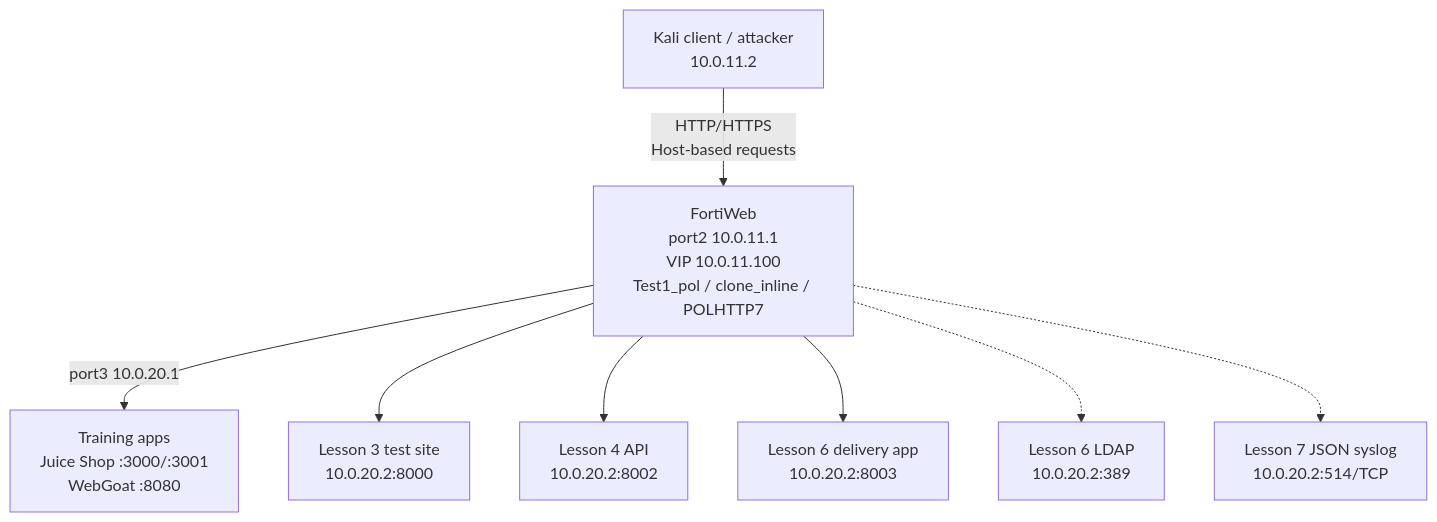
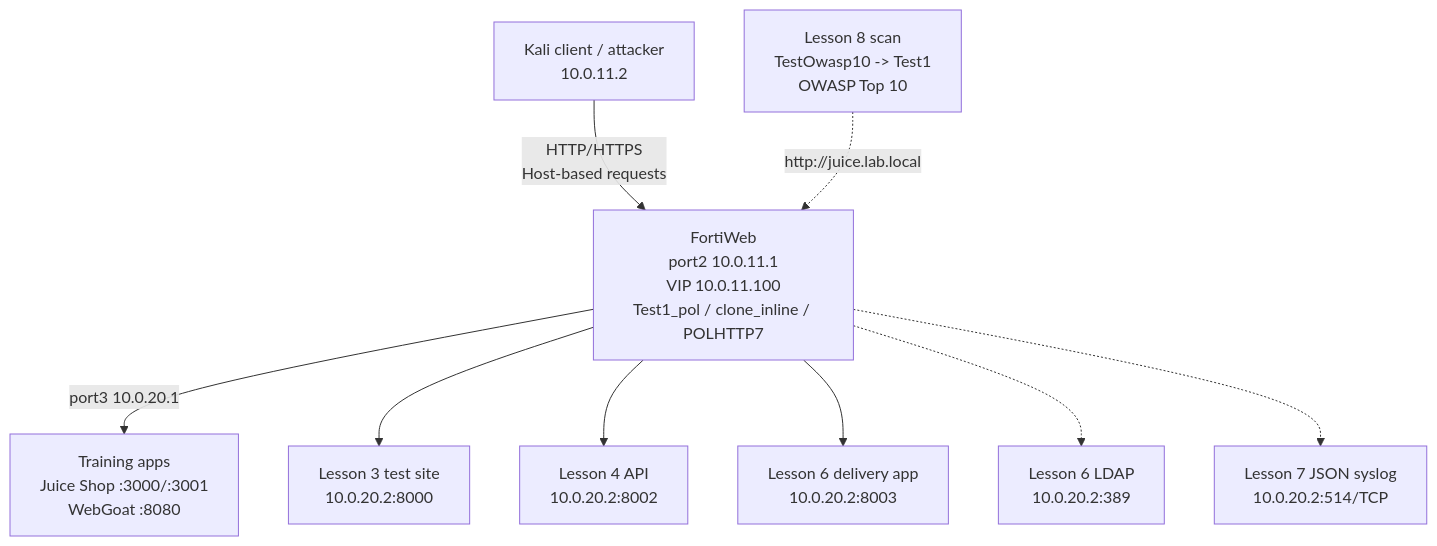
One commit to abdelrahmanelkady777/fortiweb-waf-security-lab changed the diagram in README.md. Above: the diagram before and after it, drawn with Mermaid. The commit also changed other lines of this file and 25 other files, not shown here.

````diff
--- a/README.md
+++ b/README.md
@@ -24,10 +26,11 @@
 ```mermaid
 flowchart TB
     K["Kali client / attacker<br/>10.0.11.2"] -->|"HTTP/HTTPS<br/>Host-based requests"| F["FortiWeb<br/>port2 10.0.11.1<br/>VIP 10.0.11.100<br/>Test1_pol / clone_inline / POLHTTP7"]
+    S["Lesson 8 scan<br/>TestOwasp10 -> Test1<br/>OWASP Top 10"] -.->|"http://juice.lab.local"| F
     F -->|"port3 10.0.20.1"| T["Training apps<br/>Juice Shop :3000/:3001<br/>WebGoat :8080"]
     F --> L3["Lesson 3 test site<br/>10.0.20.2:8000"]
     F --> A["Lesson 4 API<br/>10.0.20.2:8002"]
     F --> L6["Lesson 6 delivery app<br/>10.0.20.2:8003"]
     F -.-> LDAP["Lesson 6 LDAP<br/>10.0.20.2:389"]
     F -.-> SYS["Lesson 7 JSON syslog<br/>10.0.20.2:514/TCP"]
 ```
````
